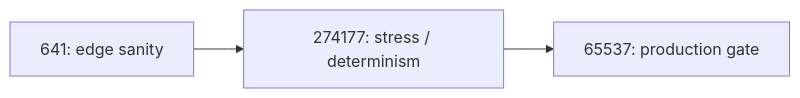
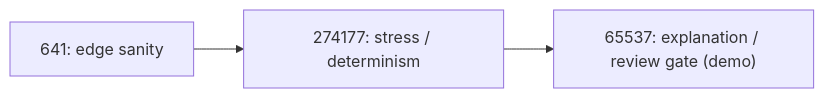
The second of 2 diagrams in oolong/README.md (phuctruong/stillwater), drawn with Mermaid before and after one commit. The commit also changed other lines of this file and 56 other files, not shown here.

````diff
--- a/oolong/README.md
+++ b/oolong/README.md
@@ -23,5 +23,5 @@
 ```mermaid
 flowchart LR
   R641["641: edge sanity"] --> R274177["274177: stress / determinism"]
-  R274177 --> R65537["65537: production gate"]
+  R274177 --> R65537["65537: explanation / review gate (demo)"]
 ```
````
